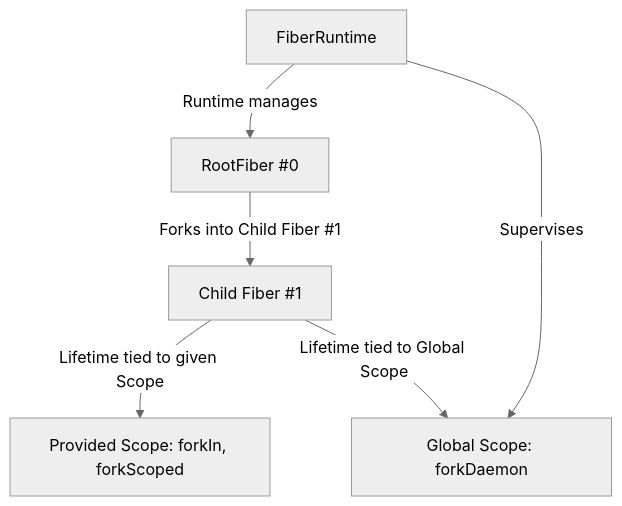
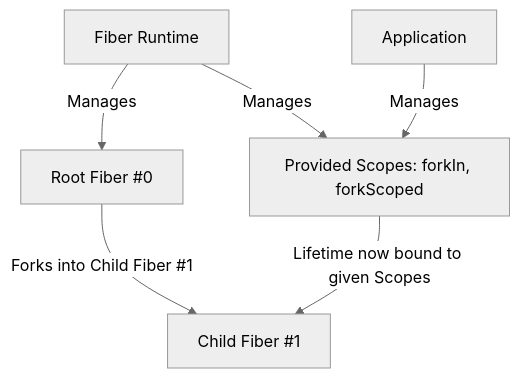
The third of 4 diagrams in slides.md (antoine-coulon/structured-concurrency-the-hidden-power-behind-effect), drawn with Mermaid (neutral theme) before and after one commit. The commit also changed other lines of this file and 4 other files, not shown here.

````diff
--- a/slides.md
+++ b/slides.md
@@ -409,8 +491,8 @@
 ```mermaid {scale: 0.8}
 graph TB
-FiberRuntime -->|Runtime manages| Root
-A -->|Lifetime tied to given Scope| B[Provided Scope: forkIn, forkScoped] 
-A -->|Lifetime tied to Global Scope| C[Global Scope: forkDaemon] 
-Root[RootFiber #0] -->|Forks into Child Fiber #1| A[Child Fiber #1]
-FiberRuntime -->|Supervises| C
+F[Fiber Runtime] -->|Manages| Root
+F[Fiber Runtime] -->|Manages| App
+User[Application] -->|Manages| App
+App[Provided Scopes: forkIn, forkScoped] -->|Lifetime now bound to given Scopes| A 
+Root[Root Fiber #0] -->|Forks into Child Fiber #1| A[Child Fiber #1]
 ```
````
